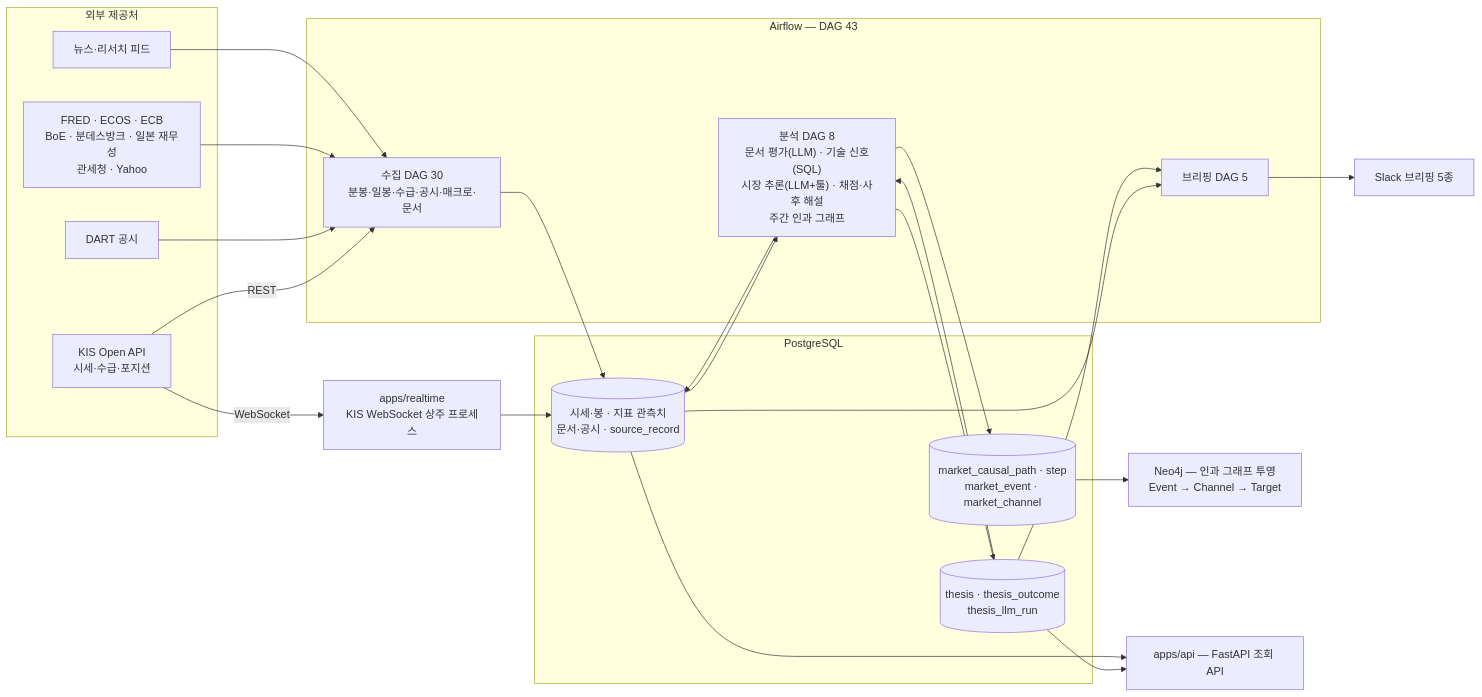
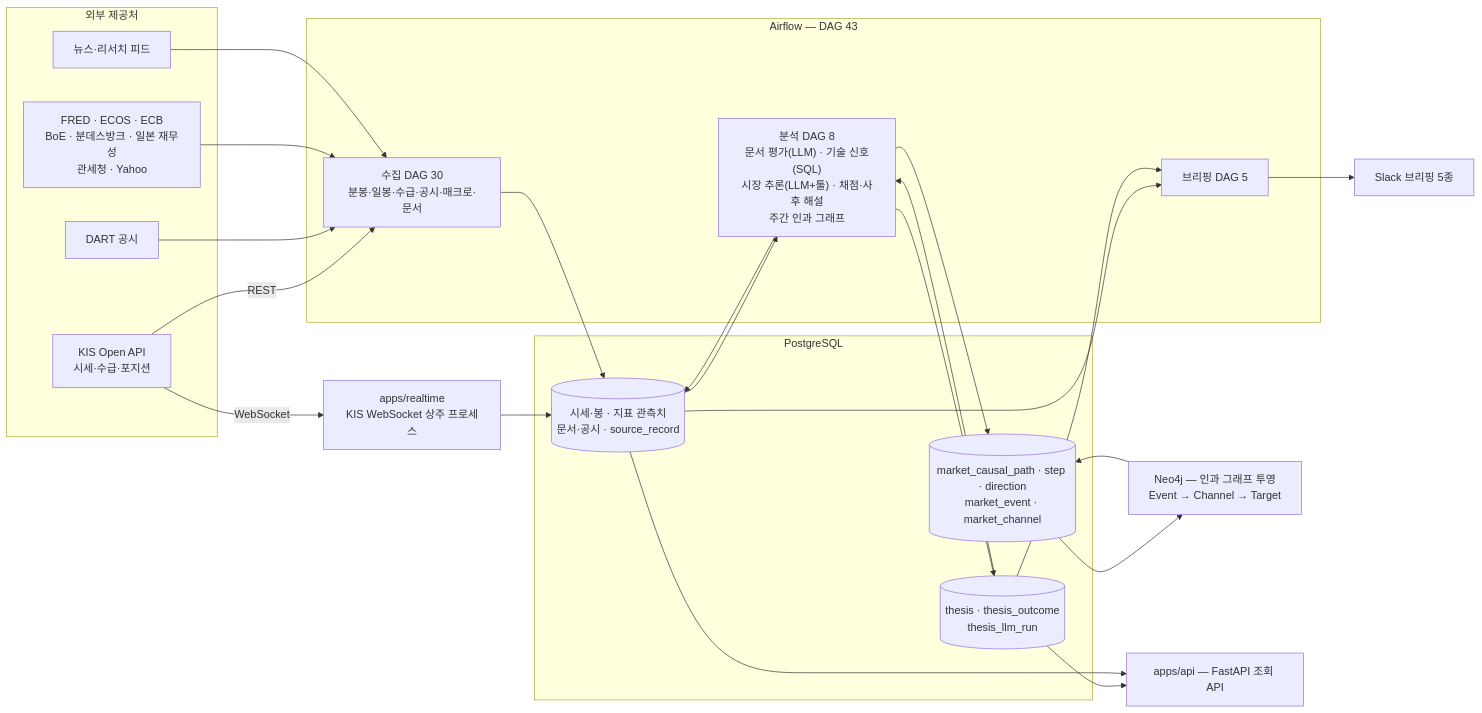
The diagram in README.md (6691a/finance), drawn with Mermaid before and after one commit. The commit also changed other lines of this file and 33 other files, not shown here.

````diff
--- a/README.md
+++ b/README.md
@@ -29,49 +29,50 @@
 ```mermaid
 flowchart LR
     subgraph EXT["외부 제공처"]
         KIS["KIS Open API<br/>시세·수급·포지션"]
         DART["DART 공시"]
         MACRO["FRED · ECOS · ECB<br/>BoE · 분데스방크 · 일본 재무성<br/>관세청 · Yahoo"]
         FEED["뉴스·리서치 피드"]
     end
 
     subgraph AF["Airflow — DAG 43"]
         COL["수집 DAG 30<br/>분봉·일봉·수급·공시·매크로·문서"]
         ANA["분석 DAG 8<br/>문서 평가(LLM) · 기술 신호(SQL)<br/>시장 추론(LLM+툴) · 채점·사후 해설<br/>주간 인과 그래프"]
         BRF["브리핑 DAG 5"]
     end
 
     RT["apps/realtime<br/>KIS WebSocket 상주 프로세스"]
 
     subgraph DB["PostgreSQL"]
         FACT[("시세·봉 · 지표 관측치<br/>문서·공시 · source_record")]
         THESIS[("thesis · thesis_outcome<br/>thesis_llm_run")]
-        CAUSAL[("market_causal_path · step<br/>market_event · market_channel")]
+        CAUSAL[("market_causal_path · step · direction<br/>market_event · market_channel")]
     end
 
     GRAPH["Neo4j — 인과 그래프 투영<br/>Event → Channel → Target"]
 
     SLACK["Slack 브리핑 5종"]
     API["apps/api — FastAPI 조회 API"]
 
     KIS -->|REST| COL
     DART --> COL
     MACRO --> COL
     FEED --> COL
     KIS -->|WebSocket| RT
 
     COL --> FACT
     RT --> FACT
     FACT --> ANA
     ANA --> FACT
     ANA --> THESIS
     THESIS --> ANA
     ANA --> CAUSAL
     CAUSAL --> GRAPH
+    GRAPH --> CAUSAL
 
     FACT --> BRF
     THESIS --> BRF
     BRF --> SLACK
     THESIS --> API
     FACT --> API
 ```
````
